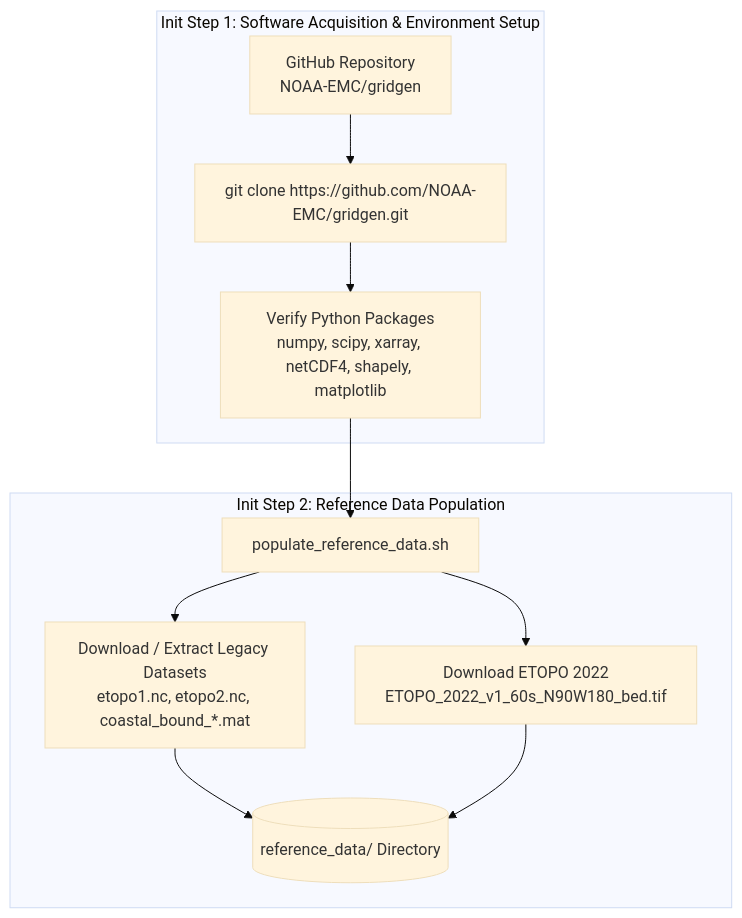
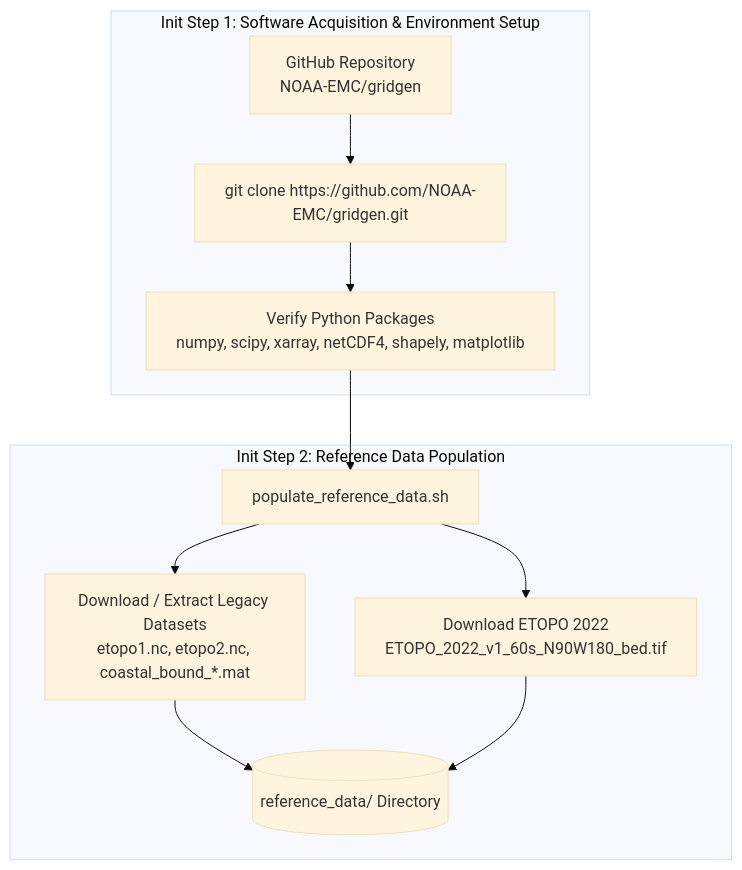
The first of 2 diagrams in ARCHITECTURE.md (HendrikTolman-NOAA/gridgen), drawn with Mermaid (base theme) before and after one commit.

Commit message:
doc: update ARCHITECTURE.md Init Step 1 node formatting and code architecture
Update ARCHITECTURE.md using non-breaking space formatting for Init Step 1
nodes (Box 1: GitHub Repository / NOAA-EMC/gridgen, Box 2: single unwrapped
git clone command, Box 3: Verify Python Packages / package list side-by-side)
so Mermaid natively computes full node widths and keeps the outer subgraph
container enclosing all inner nodes. Ensure consistency with current workflow
script names and include code architecture description.

````diff
--- a/ARCHITECTURE.md
+++ b/ARCHITECTURE.md
@@ -25,17 +25,17 @@
 ```mermaid
 flowchart TD
     subgraph Init Step 1: Software Acquisition & Environment Setup
-        A0["GitHub Repository<br/>NOAA-EMC/gridgen"] --> A1["git&nbsp;clone&nbsp;https://github.com/NOAA-EMC/gridgen.git"]
-        A1 --> A2["Verify Python Packages<br/>numpy, scipy, xarray, netCDF4, shapely, matplotlib"]
+        A0["GitHub&nbsp;Repository<br/>NOAA-EMC/gridgen"] --> A1["git&nbsp;clone&nbsp;https://github.com/NOAA-EMC/gridgen.git"]
+        A1 --> A2["Verify&nbsp;Python&nbsp;Packages<br/>numpy,&nbsp;scipy,&nbsp;xarray,&nbsp;netCDF4,&nbsp;shapely,&nbsp;matplotlib"]
     end
 
     subgraph Init Step 2: Reference Data Population
         B[populate_reference_data.sh]
         B --> C1[Download / Extract Legacy Datasets<br/>etopo1.nc, etopo2.nc, coastal_bound_*.mat]
         B --> C2[Download ETOPO 2022<br/>ETOPO_2022_v1_60s_N90W180_bed.tif]
         C1 --> D[(reference_data/ Directory)]
         C2 --> D
     end
 
     A2 --> B
 ```
````
